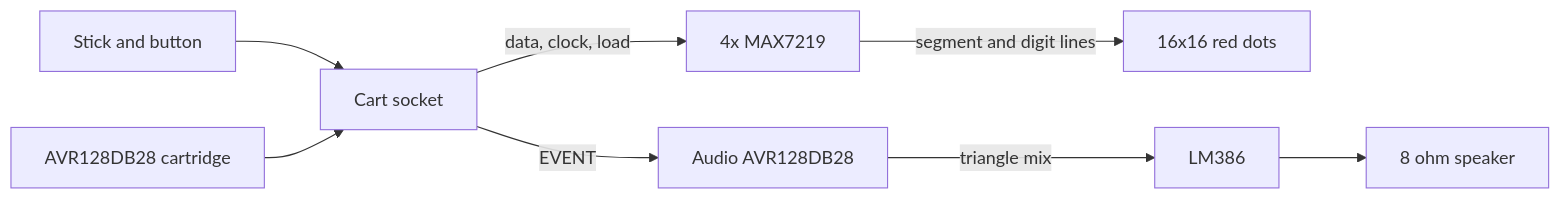
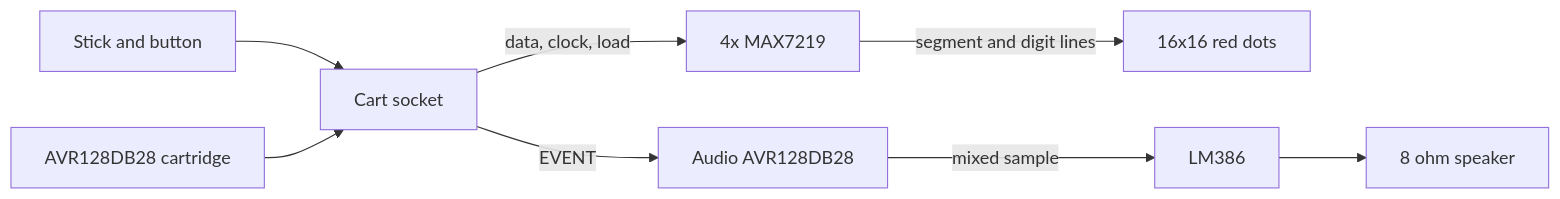
The diagram in docs/hardware.md (gustavostuff/maki-nita), drawn with Mermaid before and after one commit. The commit also changed other lines of this file and 25 other files, not shown here.

````diff
--- a/docs/hardware.md
+++ b/docs/hardware.md
@@ -11,10 +11,10 @@
 ```mermaid
 flowchart LR
   controls[Stick and button] --> socket[Cart socket]
   cart[AVR128DB28 cartridge] --> socket
   socket -->|data, clock, load| drivers[4x MAX7219]
   drivers -->|segment and digit lines| leds[16x16 red dots]
   socket -->|EVENT| audio[Audio AVR128DB28]
-  audio -->|triangle mix| amp[LM386]
+  audio -->|mixed sample| amp[LM386]
   amp --> speaker[8 ohm speaker]
 ```
````
